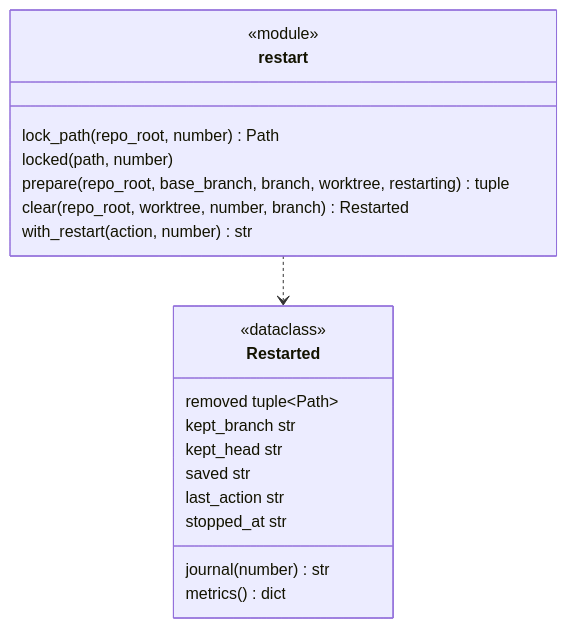
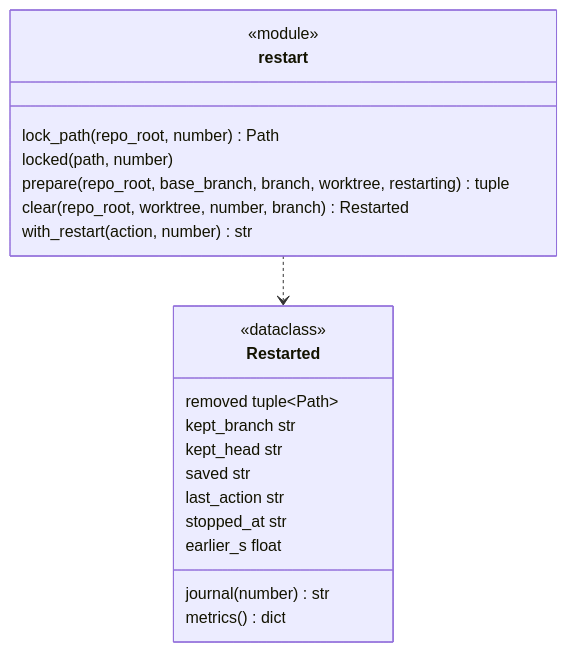
The second of 3 diagrams in docs/architecture/modules/restart.md (plaplanche/ariane), drawn with Mermaid before and after one commit. The commit also changed other lines of this file and 9 other files, not shown here.

````diff
--- a/docs/architecture/modules/restart.md
+++ b/docs/architecture/modules/restart.md
@@ -51,23 +51,24 @@
 ```mermaid
 classDiagram
 class Restarted {
   <<dataclass>>
   removed tuple~Path~
   kept_branch str
   kept_head str
   saved str
   last_action str
   stopped_at str
+  earlier_s float
   journal(number) str
   metrics() dict
 }
 class restart {
   <<module>>
   lock_path(repo_root, number) Path
   locked(path, number)
   prepare(repo_root, base_branch, branch, worktree, restarting) tuple
   clear(repo_root, worktree, number, branch) Restarted
   with_restart(action, number) str
 }
 restart ..> Restarted
 ```
````
